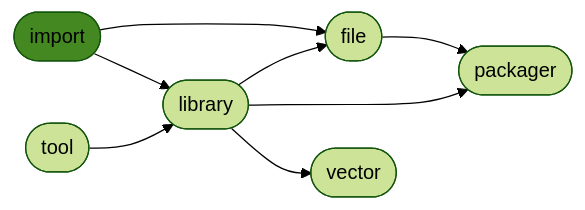
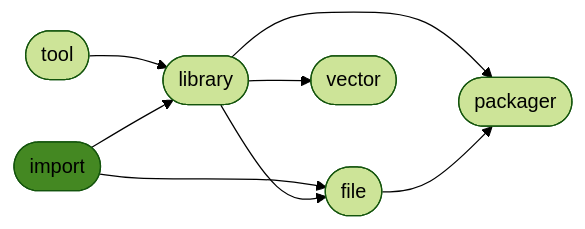
Before and after one commit to ManderaGeneral/generalimport: the diagram in README.md, drawn with Mermaid (forest theme). The commit also changed other lines of this file, not shown here.

````diff
--- a/README.md
+++ b/README.md
@@ -28,17 +28,17 @@
 ```mermaid
 flowchart LR
+2([library]) --> 5([packager])
+2([library]) --> 4([vector])
+3([file]) --> 5([packager])
 0([import]) --> 3([file])
 1([tool]) --> 2([library])
-3([file]) --> 5([packager])
 0([import]) --> 2([library])
 2([library]) --> 3([file])
-2([library]) --> 5([packager])
-2([library]) --> 4([vector])
 click 0 "https://github.com/ManderaGeneral/generalimport"
 click 1 "https://github.com/ManderaGeneral/generaltool"
 click 2 "https://github.com/ManderaGeneral/generallibrary"
 click 3 "https://github.com/ManderaGeneral/generalfile"
 click 4 "https://github.com/ManderaGeneral/generalvector"
 click 5 "https://github.com/ManderaGeneral/generalpackager"
 style 0 fill:#482
 ```
````
